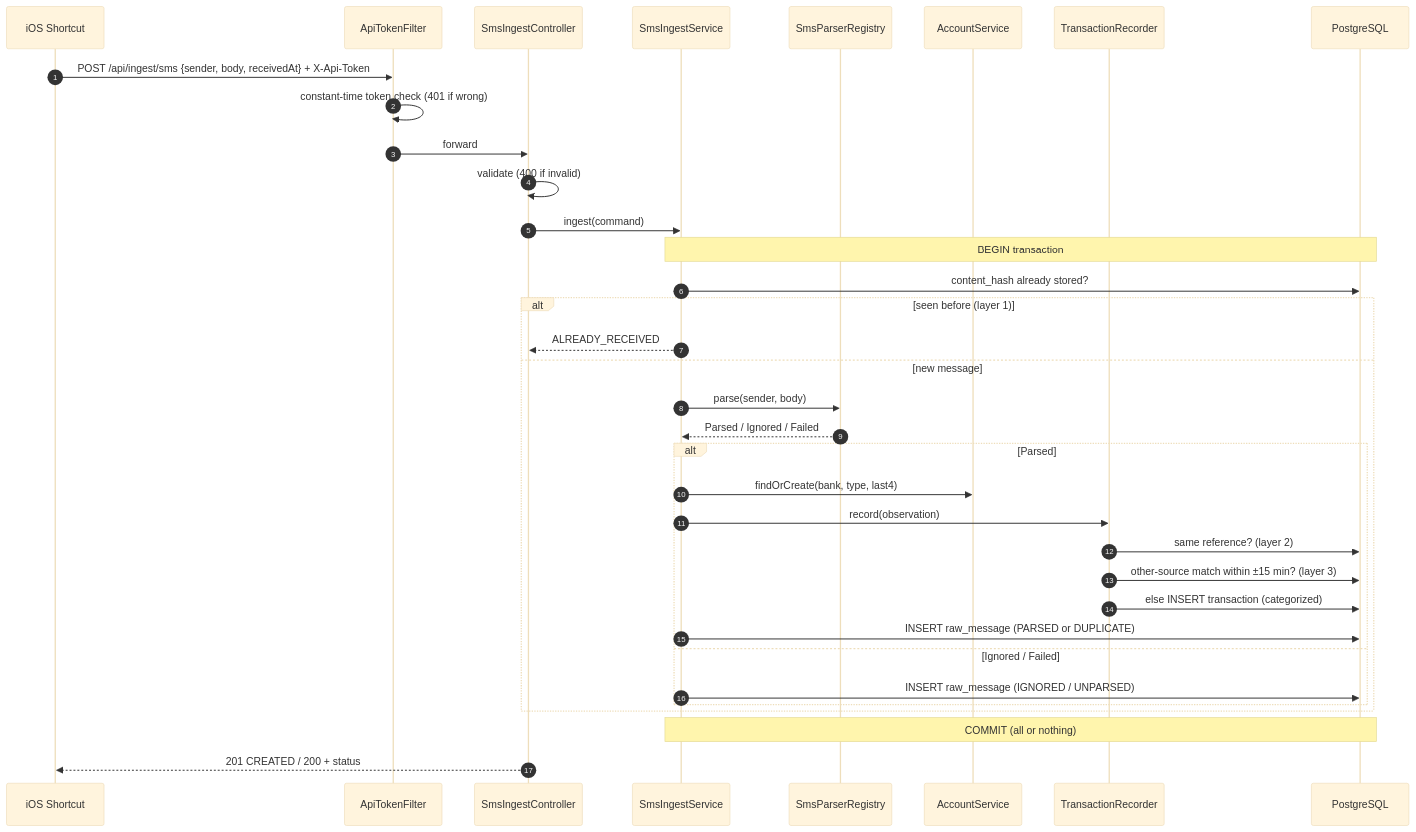
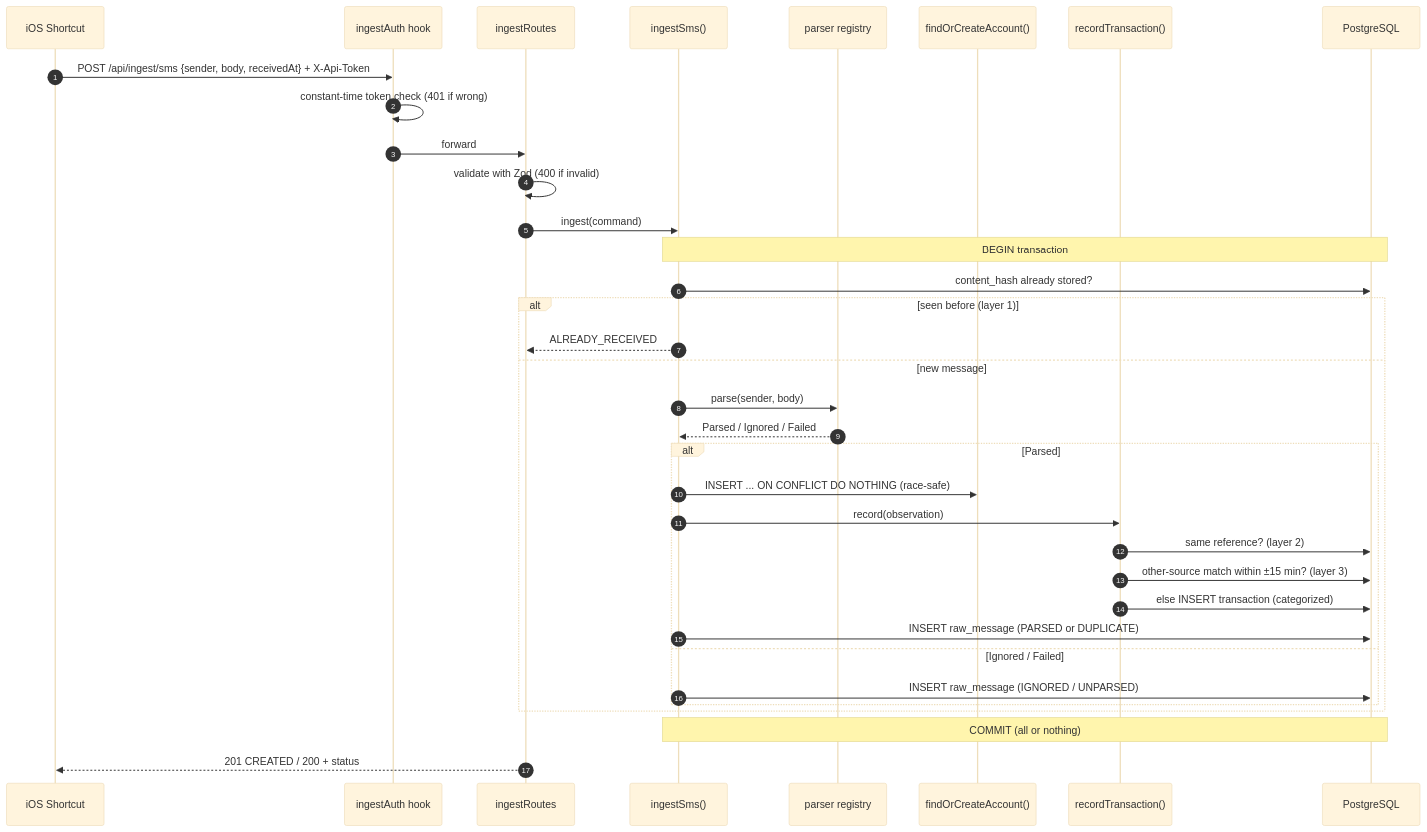
The third of 5 diagrams in docs/architecture.md (santoshmanaguli/finance-tracker), drawn with Mermaid (base theme) before and after one commit. The commit also changed other lines of this file and 107 other files, not shown here.

````diff
--- a/docs/architecture.md
+++ b/docs/architecture.md
@@ -103,38 +103,38 @@
 ```mermaid
 sequenceDiagram
     autonumber
     participant S as iOS Shortcut
-    participant F as ApiTokenFilter
-    participant C as SmsIngestController
-    participant I as SmsIngestService
-    participant R as SmsParserRegistry
-    participant A as AccountService
-    participant T as TransactionRecorder
+    participant F as ingestAuth hook
+    participant C as ingestRoutes
+    participant I as ingestSms()
+    participant R as parser registry
+    participant A as findOrCreateAccount()
+    participant T as recordTransaction()
     participant D as PostgreSQL
 
     S->>F: POST /api/ingest/sms {sender, body, receivedAt} + X-Api-Token
     F->>F: constant-time token check (401 if wrong)
     F->>C: forward
-    C->>C: validate (400 if invalid)
+    C->>C: validate with Zod (400 if invalid)
     C->>I: ingest(command)
     Note over I,D: BEGIN transaction
     I->>D: content_hash already stored?
     alt seen before (layer 1)
         I-->>C: ALREADY_RECEIVED
     else new message
         I->>R: parse(sender, body)
         R-->>I: Parsed / Ignored / Failed
         alt Parsed
-            I->>A: findOrCreate(bank, type, last4)
+            I->>A: INSERT ... ON CONFLICT DO NOTHING (race-safe)
             I->>T: record(observation)
             T->>D: same reference? (layer 2)
             T->>D: other-source match within ±15 min? (layer 3)
             T->>D: else INSERT transaction (categorized)
             I->>D: INSERT raw_message (PARSED or DUPLICATE)
         else Ignored / Failed
             I->>D: INSERT raw_message (IGNORED / UNPARSED)
         end
     end
     Note over I,D: COMMIT (all or nothing)
     C-->>S: 201 CREATED / 200 + status
 ```
````
